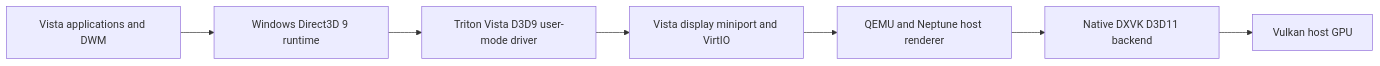
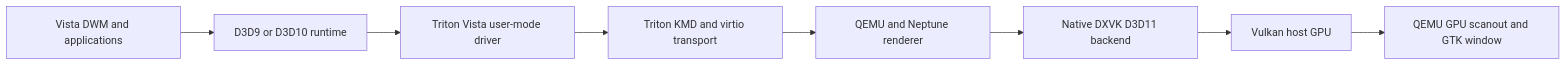
The diagram in docs/ARCHITECTURE.md (jmacato/VistaRenewed), drawn with Mermaid before and after one commit. The commit also changed other lines of this file and 356 other files, not shown here.

````diff
--- a/docs/ARCHITECTURE.md
+++ b/docs/ARCHITECTURE.md
@@ -13,9 +8,10 @@
 ```mermaid
 flowchart LR
-    A[Vista applications and DWM] --> B[Windows Direct3D 9 runtime]
-    B --> C[Triton Vista D3D9 user-mode driver]
-    C --> D[Vista display miniport and VirtIO]
-    D --> E[QEMU and Neptune host renderer]
+    A[Vista DWM and applications] --> B[D3D9 or D3D10 runtime]
+    B --> C[Triton Vista user-mode driver]
+    C --> D[Triton KMD and virtio transport]
+    D --> E[QEMU and Neptune renderer]
     E --> F[Native DXVK D3D11 backend]
     F --> G[Vulkan host GPU]
+    G --> H[QEMU GPU scanout and GTK window]
 ```
````
